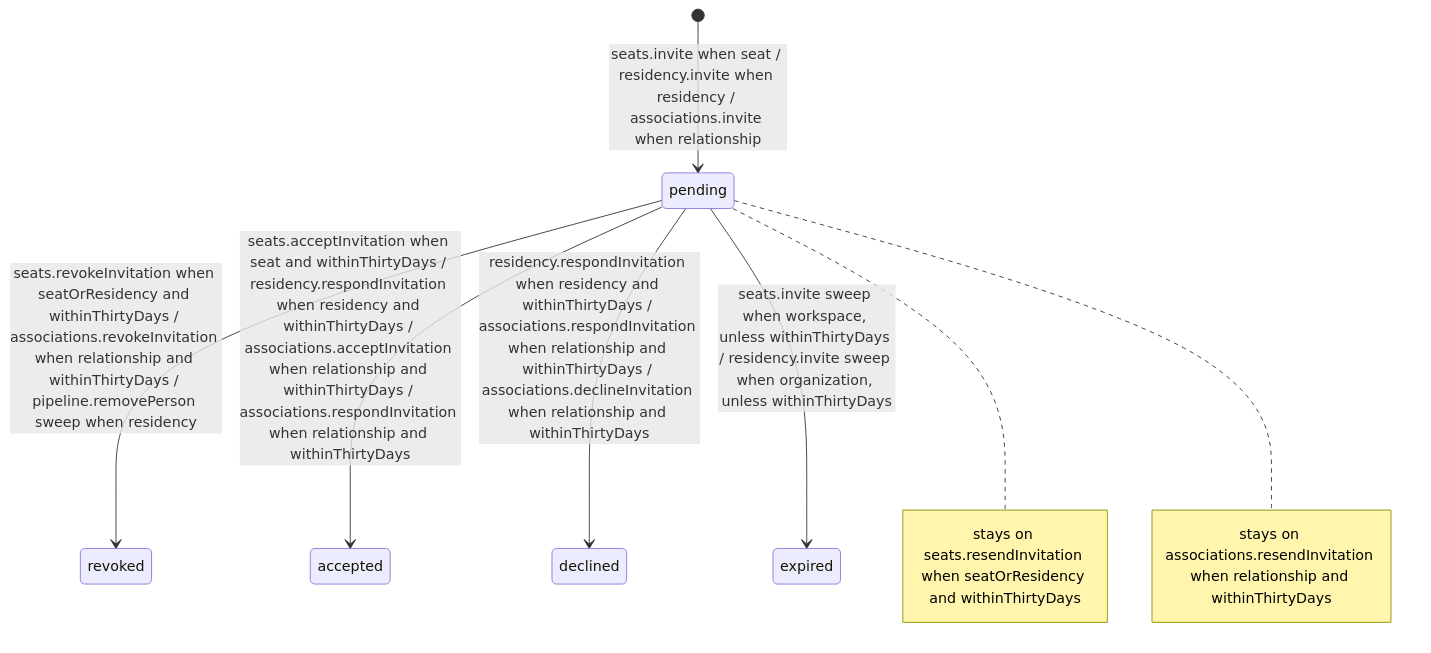
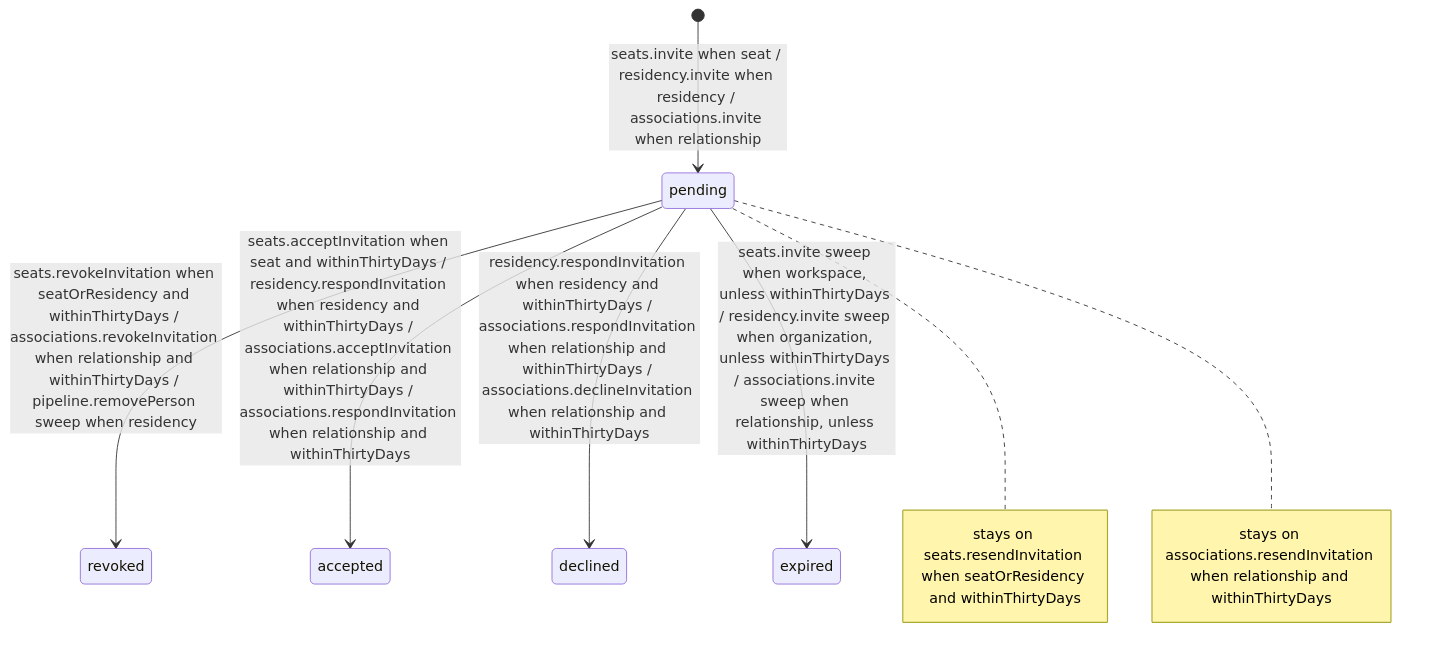
One commit to SebastianGarces/everyfield changed the diagram in docs/machines/invitation.md. Above: the diagram before and after it, drawn with Mermaid. The commit also changed other lines of this file and 17 other files, not shown here.

````diff
--- a/docs/machines/invitation.md
+++ b/docs/machines/invitation.md
@@ -22,10 +22,10 @@
 ```mermaid
 stateDiagram-v2
   [*] --> pending: seats.invite when seat / residency.invite when residency / associations.invite when relationship
   pending --> revoked: seats.revokeInvitation when seatOrResidency and withinThirtyDays / associations.revokeInvitation when relationship and withinThirtyDays / pipeline.removePerson sweep when residency
   pending --> accepted: seats.acceptInvitation when seat and withinThirtyDays / residency.respondInvitation when residency and withinThirtyDays / associations.acceptInvitation when relationship and withinThirtyDays / associations.respondInvitation when relationship and withinThirtyDays
   pending --> declined: residency.respondInvitation when residency and withinThirtyDays / associations.respondInvitation when relationship and withinThirtyDays / associations.declineInvitation when relationship and withinThirtyDays
-  pending --> expired: seats.invite sweep when workspace, unless withinThirtyDays / residency.invite sweep when organization, unless withinThirtyDays
+  pending --> expired: seats.invite sweep when workspace, unless withinThirtyDays / residency.invite sweep when organization, unless withinThirtyDays / associations.invite sweep when relationship, unless withinThirtyDays
   note right of pending : stays on seats.resendInvitation when seatOrResidency and withinThirtyDays
   note right of pending : stays on associations.resendInvitation when relationship and withinThirtyDays
 ```
````
